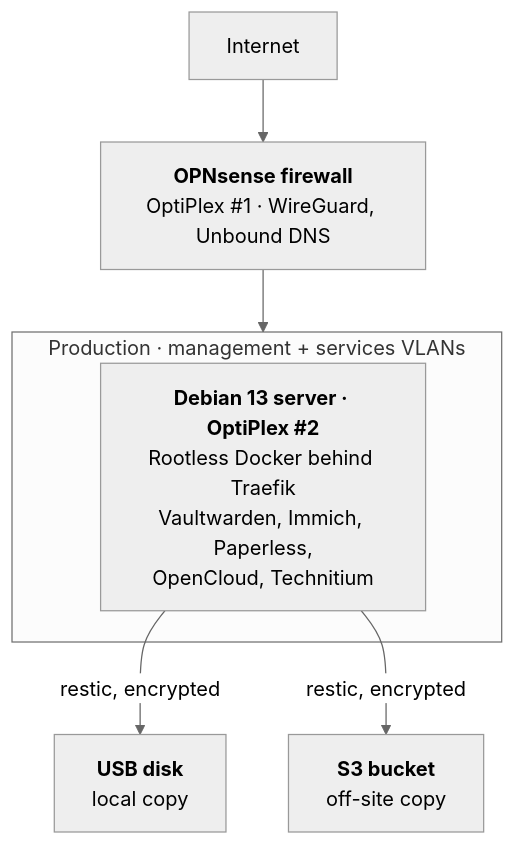
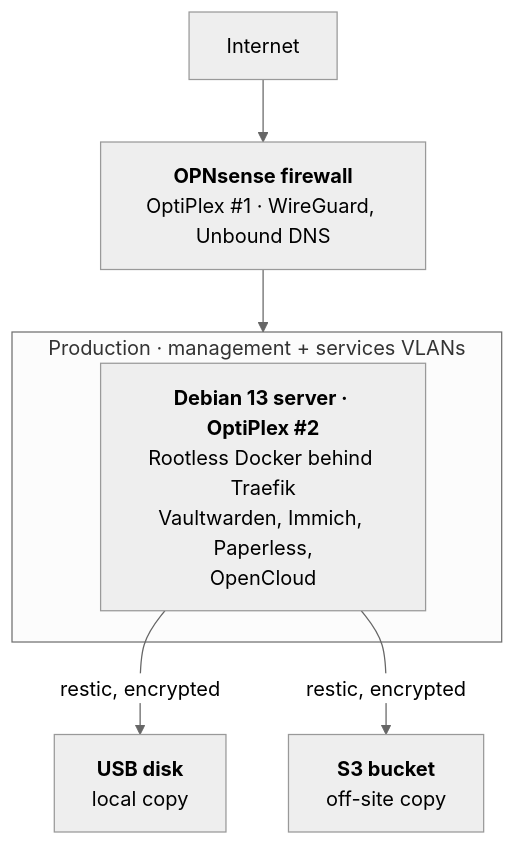
The diagram in README.md (Gu35t09/homelab-prod), drawn with Mermaid (neutral theme) before and after one commit. The commit also changed other lines of this file, not shown here.

First line of the commit message:
Drop Technitium, record the Vaultwarden decisions

````diff
--- a/README.md
+++ b/README.md
@@ -36,17 +36,17 @@
 ```mermaid
 flowchart TD
     internet["Internet"]
     fw["<b>OPNsense firewall</b><br/>OptiPlex #1 · WireGuard, Unbound DNS"]
 
     subgraph prod["Production · management + services VLANs"]
-        srv["<b>Debian 13 server · OptiPlex #2</b><br/>Rootless Docker behind Traefik<br/>Vaultwarden, Immich, Paperless,<br/>OpenCloud, Technitium"]
+        srv["<b>Debian 13 server · OptiPlex #2</b><br/>Rootless Docker behind Traefik<br/>Vaultwarden, Immich, Paperless,<br/>OpenCloud"]
     end
 
     usb["<b>USB disk</b><br/>local copy"]
     backup["<b>S3 bucket</b><br/>off-site copy"]
 
     internet --> fw
     fw --> prod
     srv -- "restic, encrypted" --> usb
     srv -- "restic, encrypted" --> backup
 ```
````
